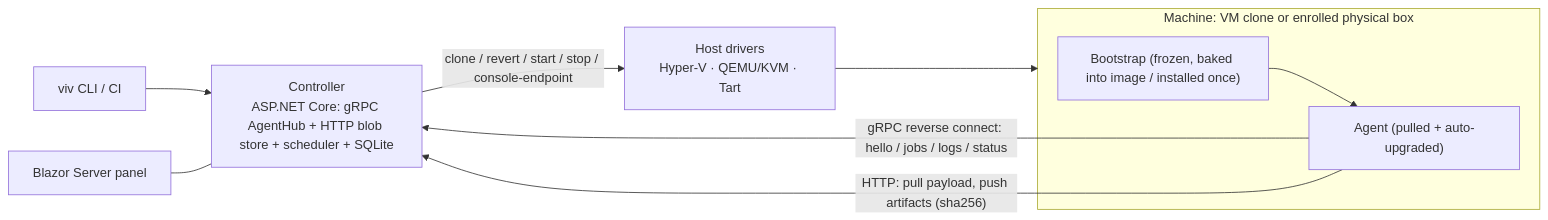
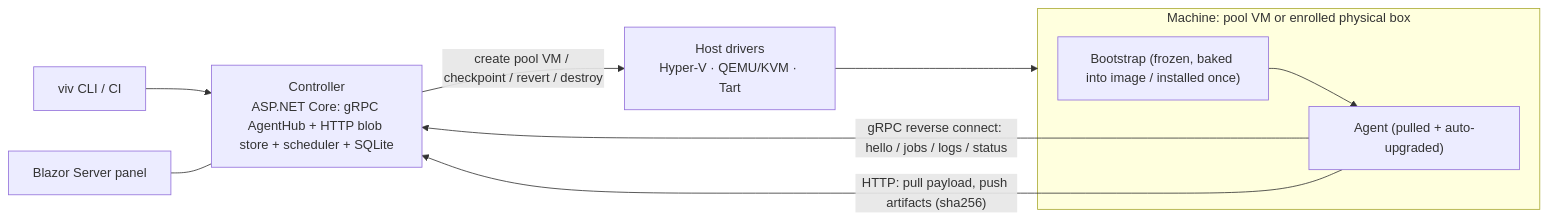
Before and after one commit to iXab3r/Vivarium: the diagram in docs/ARCHITECTURE.md, drawn with Mermaid. The commit also changed other lines of this file and 5 other files, not shown here.

````diff
--- a/docs/ARCHITECTURE.md
+++ b/docs/ARCHITECTURE.md
@@ -60,13 +60,13 @@
 ```mermaid
 flowchart LR
     CLI["viv CLI / CI"] --> C
     UI["Blazor Server panel"] --- C
     C["Controller<br/>ASP.NET Core: gRPC AgentHub + HTTP blob store + scheduler + SQLite"]
-    C -- "clone / revert / start / stop / console-endpoint" --> D["Host drivers<br/>Hyper-V · QEMU/KVM · Tart"]
-    subgraph Clone ["Machine: VM clone or enrolled physical box"]
+    C -- "create pool VM / checkpoint / revert / destroy" --> D["Host drivers<br/>Hyper-V · QEMU/KVM · Tart"]
+    subgraph Clone ["Machine: pool VM or enrolled physical box"]
         B["Bootstrap (frozen, baked into image / installed once)"] --> A["Agent (pulled + auto-upgraded)"]
     end
     D --> Clone
     A -- "gRPC reverse connect: hello / jobs / logs / status" --> C
     A -- "HTTP: pull payload, push artifacts (sha256)" --> C
 ```
````
